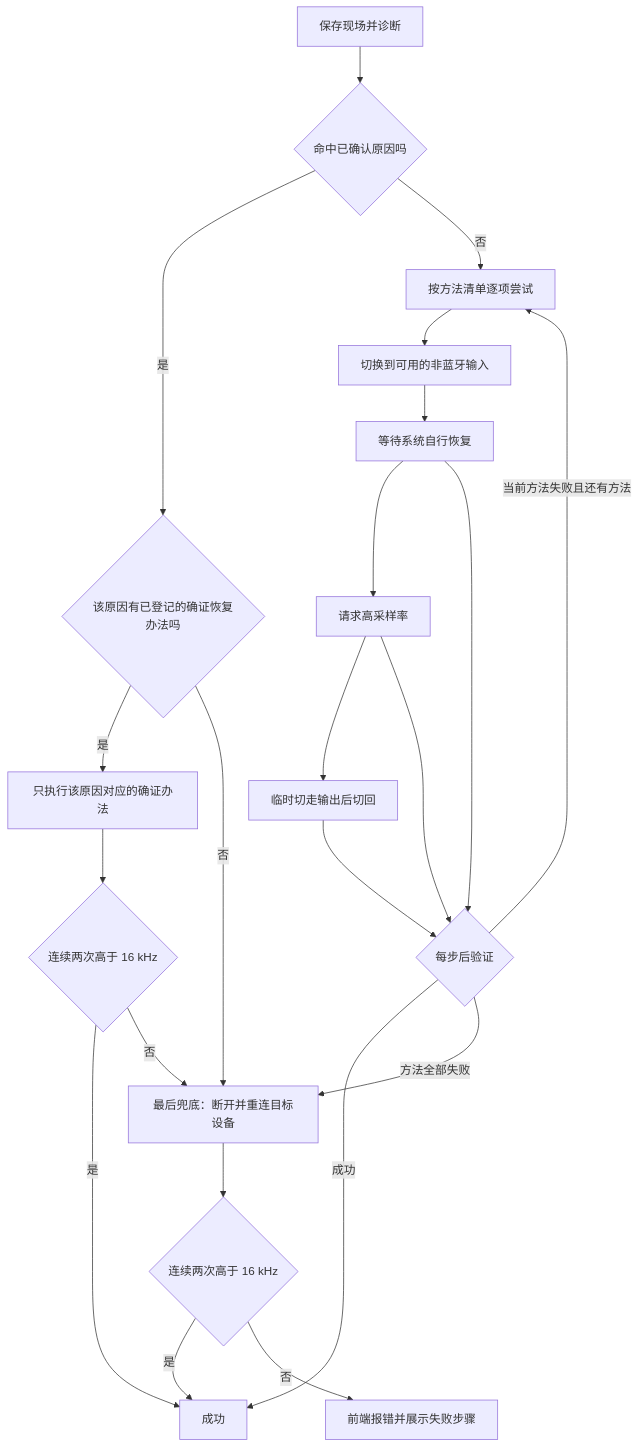
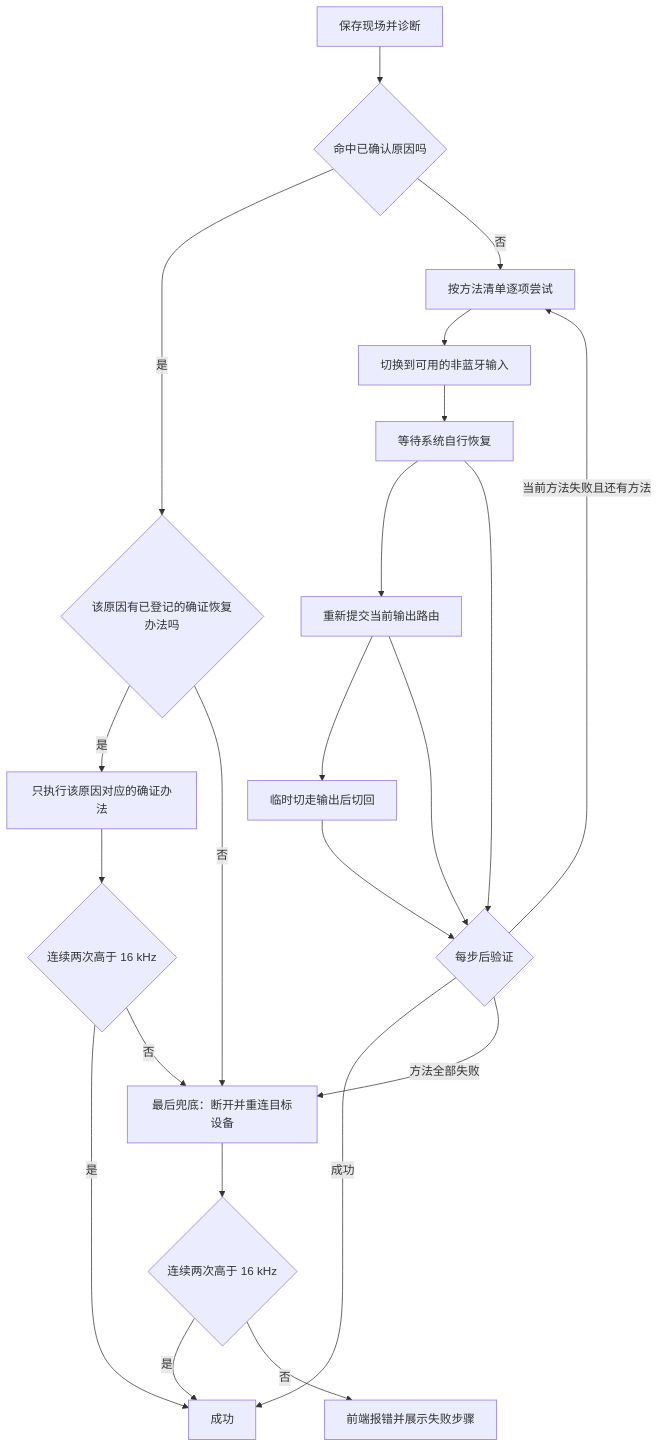
Before and after one commit to andy-JustSayWhen/fix-Bluetooth-earphone-audio-problem: the diagram in reference/SPEC/如何一键恢复A2DP模式.md, drawn with Mermaid. The commit also changed other lines of this file and 10 other files, not shown here.

````diff
--- a/reference/SPEC/如何一键恢复A2DP模式.md
+++ b/reference/SPEC/如何一键恢复A2DP模式.md
@@ -61,24 +63,24 @@
 ```mermaid
 flowchart TD
     A[保存现场并诊断] --> B{命中已确认原因吗}
     B -- 是 --> C{该原因有已登记的确证恢复办法吗}
     C -- 是 --> D[只执行该原因对应的确证办法]
     D --> E{连续两次高于 16 kHz}
     E -- 是 --> Z[成功]
     E -- 否 --> R[最后兜底：断开并重连目标设备]
     C -- 否 --> R
     B -- 否 --> F[按方法清单逐项尝试]
     F --> G[切换到可用的非蓝牙输入]
     G --> H[等待系统自行恢复]
-    H --> I[请求高采样率]
+    H --> I[重新提交当前输出路由]
     I --> J[临时切走输出后切回]
     H --> Q{每步后验证}
     I --> Q
     J --> Q
     Q -- 成功 --> Z
     Q -- 当前方法失败且还有方法 --> F
     Q -- 方法全部失败 --> R
     R --> S{连续两次高于 16 kHz}
     S -- 是 --> Z
     S -- 否 --> X[前端报错并展示失败步骤]
 ```
````
